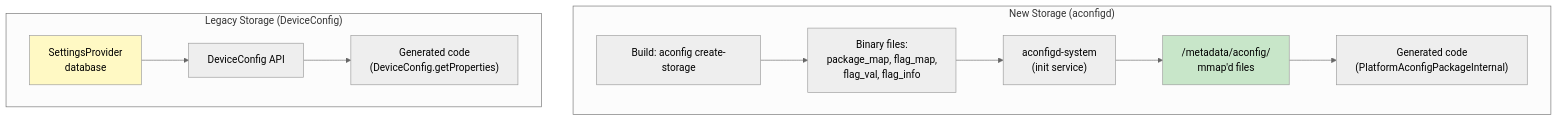
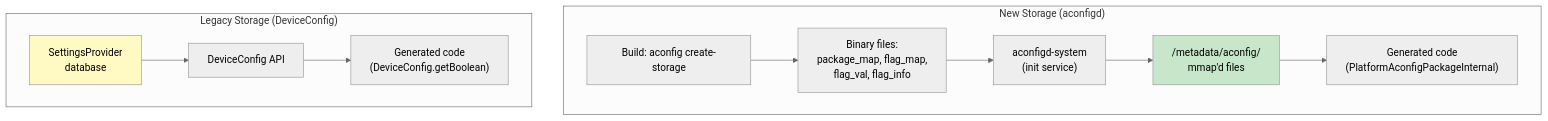
The fourth of 12 diagrams in 03-feature-flags.md (aospbooks/aosp-internal-book), drawn with Mermaid (neutral theme) before and after one commit. The commit also changed other lines of this file and 218 other files, not shown here.

````diff
--- a/03-feature-flags.md
+++ b/03-feature-flags.md
@@ -1051,17 +1081,17 @@
 ```mermaid
 flowchart TB
     subgraph "New Storage (aconfigd)"
         A1["Build: aconfig create-storage"] --> A2["Binary files:<br/>package_map, flag_map,<br/>flag_val, flag_info"]
         A2 --> A3["aconfigd-system<br/>(init service)"]
         A3 --> A4["/metadata/aconfig/<br/>mmap'd files"]
         A4 --> A5["Generated code<br/>(PlatformAconfigPackageInternal)"]
     end
 
     subgraph "Legacy Storage (DeviceConfig)"
         B1["SettingsProvider<br/>database"] --> B2["DeviceConfig API"]
-        B2 --> B3["Generated code<br/>(DeviceConfig.getProperties)"]
+        B2 --> B3["Generated code<br/>(DeviceConfig.getBoolean)"]
     end
 
     style A4 fill:#c8e6c9
     style B1 fill:#fff9c4
 ```
````
